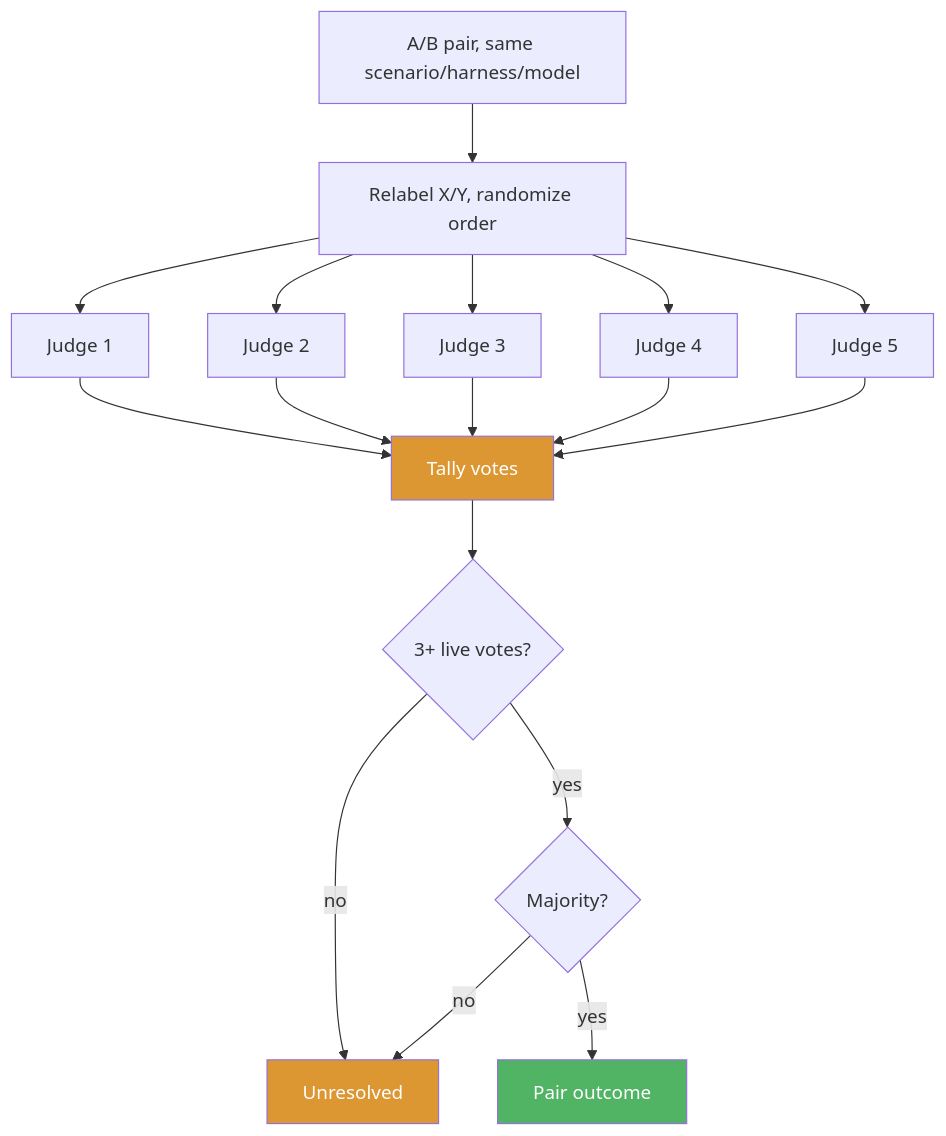
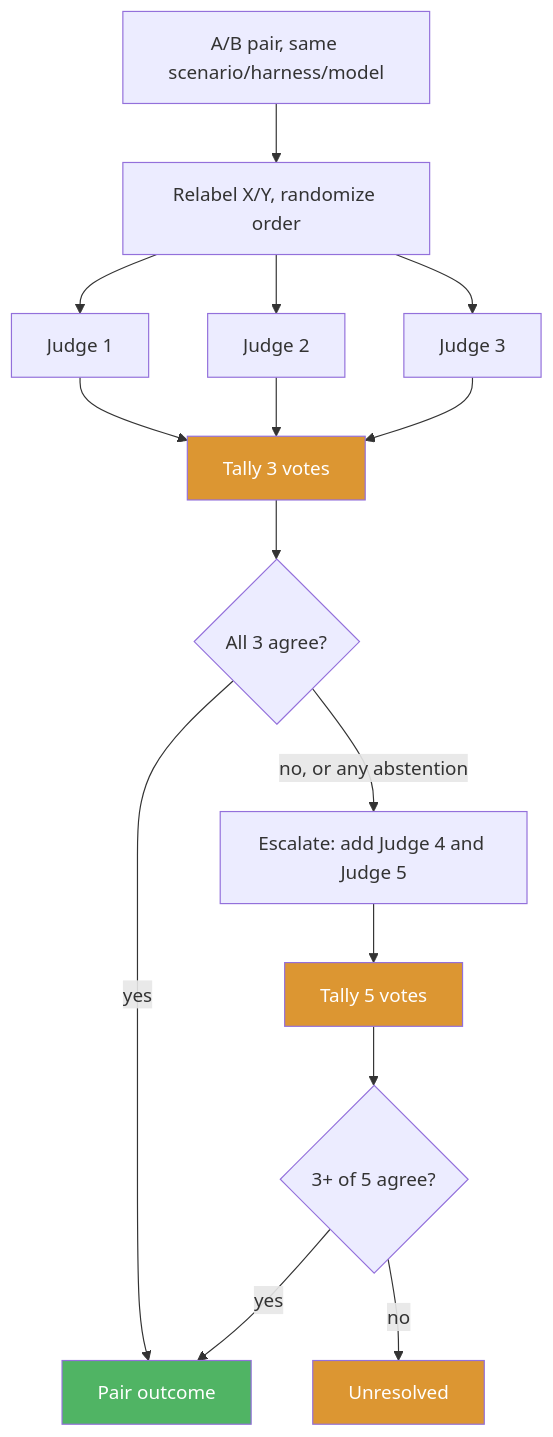
The fourth of 5 diagrams in .konductor/designs/benchmarking/design.md (aws-solutions/konductor), drawn with Mermaid before and after one commit. The commit also changed other lines of this file, not shown here.

First line of the commit message:
docs(benchmarking): coverage over cost, sequence diagrams, review fixes

````diff
--- a/.konductor/designs/benchmarking/design.md
+++ b/.konductor/designs/benchmarking/design.md
@@ -143,23 +218,22 @@
 ```mermaid
 flowchart TD
     A[A/B pair, same scenario/harness/model] --> R[Relabel X/Y, randomize order]
     R --> J1[Judge 1]
     R --> J2[Judge 2]
     R --> J3[Judge 3]
-    R --> J4[Judge 4]
-    R --> J5[Judge 5]
-    J1 --> T[Tally votes]
+    J1 --> T[Tally 3 votes]
     J2 --> T
     J3 --> T
-    J4 --> T
-    J5 --> T
-    T --> M{3+ live votes?}
+    T --> S{All 3 agree?}
+    S -->|yes| O[Pair outcome]
+    S -->|no, or any abstention| ES[Escalate: add Judge 4 and Judge 5]
+    ES --> T2[Tally 5 votes]
+    T2 --> M{3+ of 5 agree?}
+    M -->|yes| O
     M -->|no| U[Unresolved]
-    M -->|yes| P{Majority?}
-    P -->|yes| O[Pair outcome]
-    P -->|no| U
 
     style T fill:#dc9632,color:#fff
+    style T2 fill:#dc9632,color:#fff
     style U fill:#dc9632,color:#fff
     style O fill:#50b464,color:#fff
 ```
````
